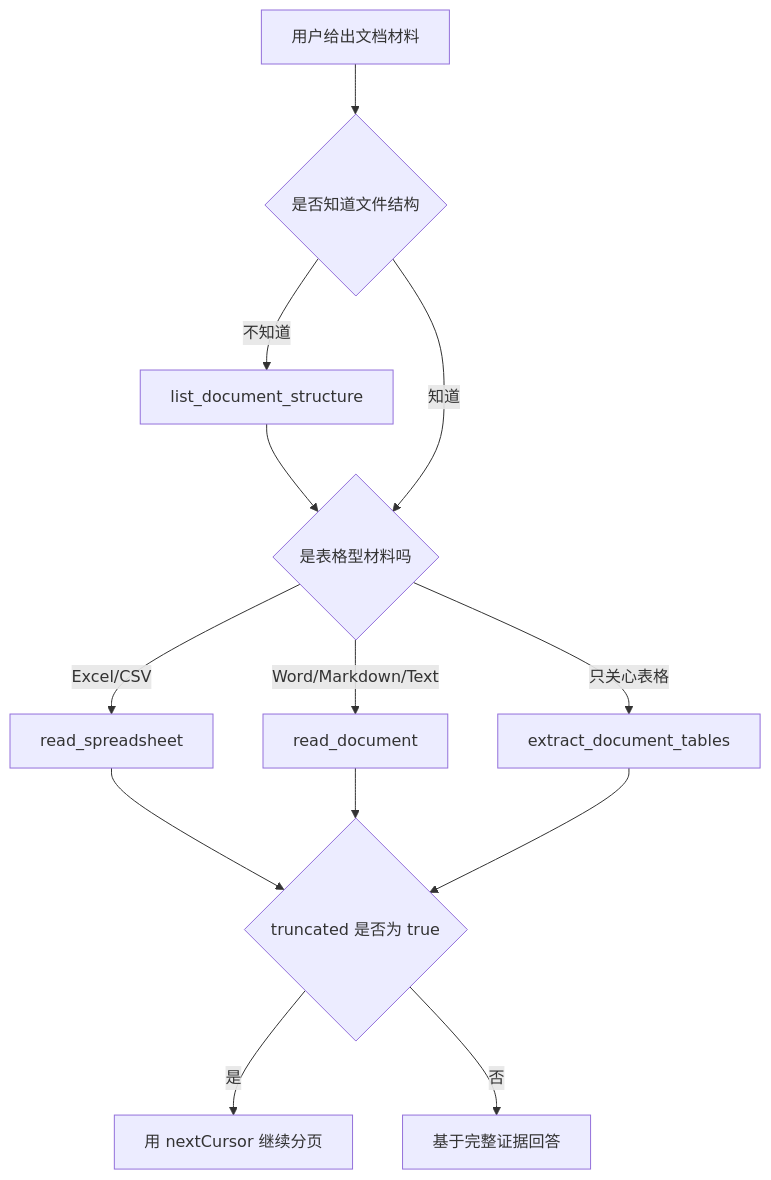
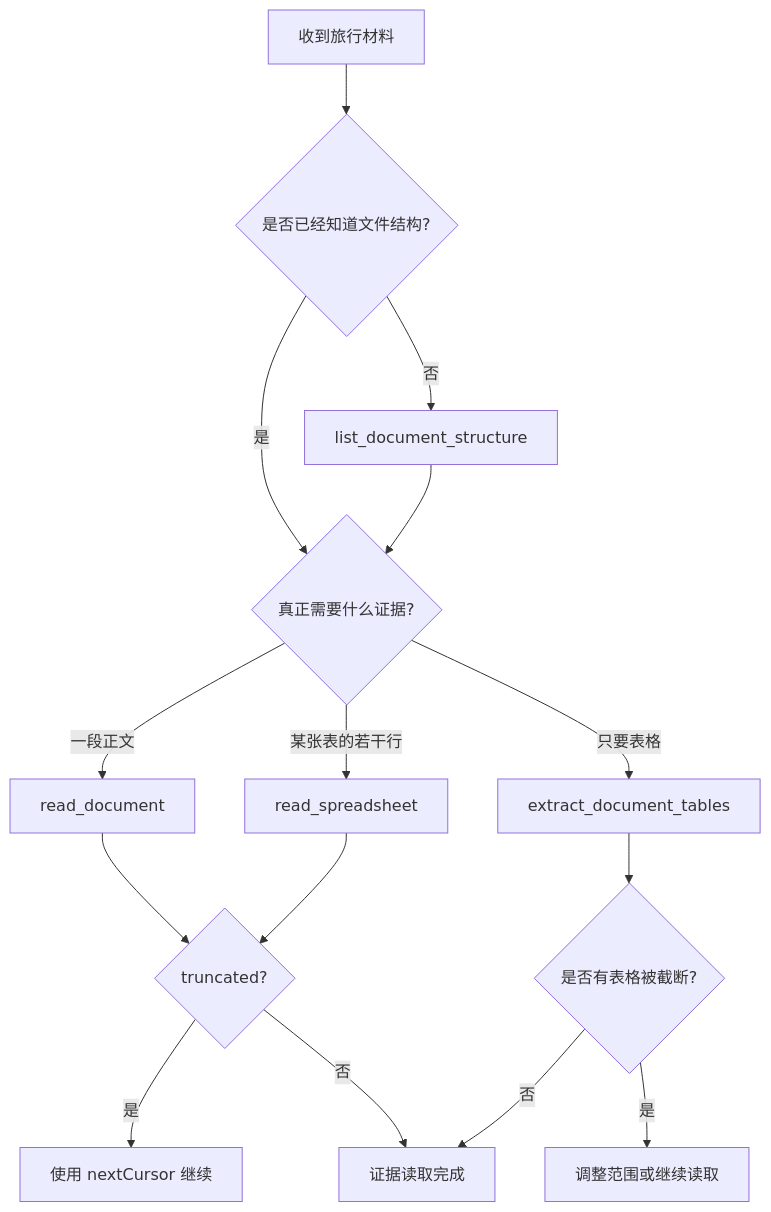
One commit to LavaCourage07/startupOS changed the first of 2 diagrams in learning-note/full-project-course-v2/textbook/part-e-pi-agent-runtime/E50-document-tools-read-structure-before-large-content.md. Above: the diagram before and after it, drawn with Mermaid. The commit also changed other lines of this file and 560 other files, not shown here.

````diff
--- a/learning-note/full-project-course-v2/textbook/part-e-pi-agent-runtime/E50-document-tools-read-structure-before-large-content.md
+++ b/learning-note/full-project-course-v2/textbook/part-e-pi-agent-runtime/E50-document-tools-read-structure-before-large-content.md
@@ -139,15 +33,17 @@
 ```mermaid
 flowchart TD
-    A[用户给出文档材料] --> B{是否知道文件结构}
-    B -->|不知道| C[list_document_structure]
-    C --> D{是表格型材料吗}
-    B -->|知道| D
-    D -->|Excel/CSV| E[read_spreadsheet]
-    D -->|Word/Markdown/Text| F[read_document]
-    D -->|只关心表格| G[extract_document_tables]
-    E --> H{truncated 是否为 true}
+    A[收到旅行材料] --> B{是否已经知道文件结构?}
+    B -- 否 --> C[list_document_structure]
+    B -- 是 --> D{真正需要什么证据?}
+    C --> D
+    D -- 一段正文 --> E[read_document]
+    D -- 某张表的若干行 --> F[read_spreadsheet]
+    D -- 只要表格 --> G[extract_document_tables]
+    E --> H{truncated?}
     F --> H
-    G --> H
-    H -->|是| I[用 nextCursor 继续分页]
-    H -->|否| J[基于完整证据回答]
+    G --> I{是否有表格被截断?}
+    H -- 是 --> J[使用 nextCursor 继续]
+    H -- 否 --> K[证据读取完成]
+    I -- 是 --> L[调整范围或继续读取]
+    I -- 否 --> K
 ```
````
